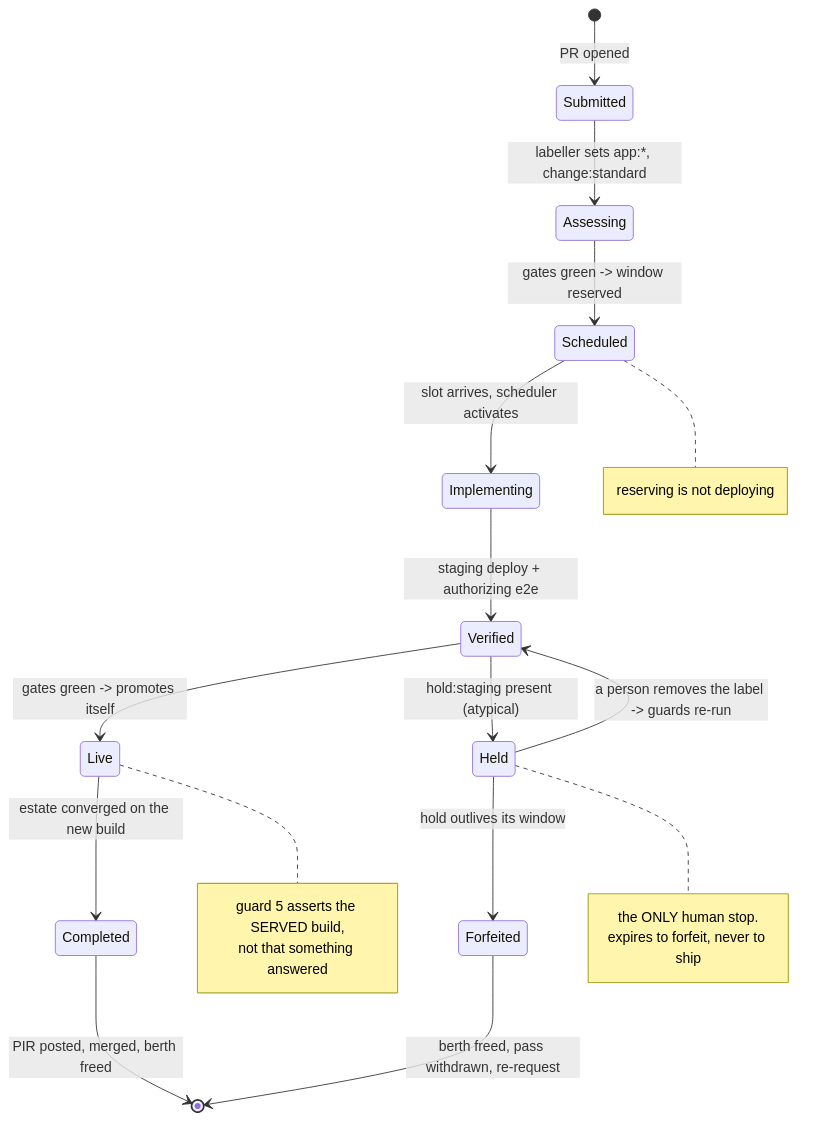
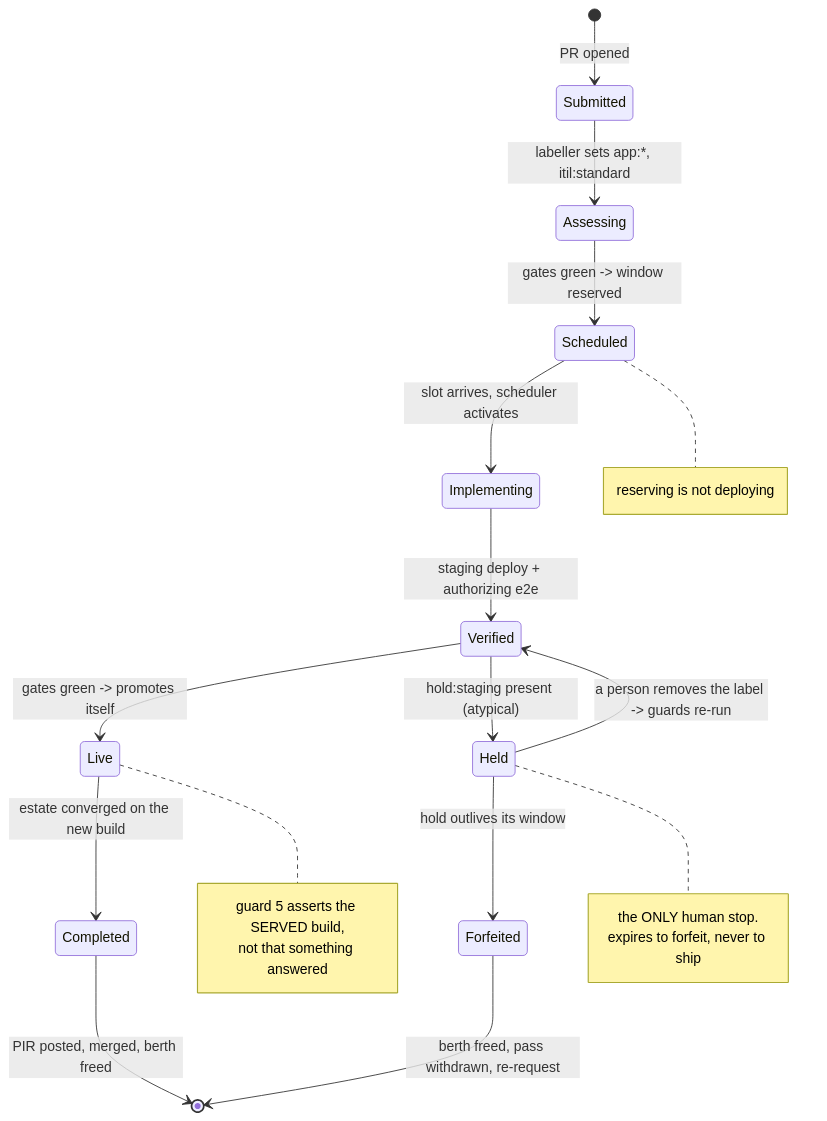
The first of 6 diagrams in README.org (aygp-dr/standard-change), drawn with Mermaid before and after one commit. The commit also changed other lines of this file, not shown here.

```diff
--- a/README.org
+++ b/README.org
@@ -36,28 +36,28 @@
 #+begin_src mermaid :eval never-export
 stateDiagram-v2
     direction TB
     [*] --> Submitted: PR opened
-    Submitted --> Assessing: labeller sets app:*, change:standard
+    Submitted --> Assessing: labeller sets app:*, itil:standard
     Assessing --> Scheduled: gates green -> window reserved
     Scheduled --> Implementing: slot arrives, scheduler activates
     Implementing --> Verified: staging deploy + authorizing e2e
     Verified --> Live: gates green -> promotes itself
     Verified --> Held: hold:staging present (atypical)
     Held --> Verified: a person removes the label -> guards re-run
     Held --> Forfeited: hold outlives its window
     Forfeited --> [*]: berth freed, pass withdrawn, re-request
     Live --> Completed: estate converged on the new build
     Completed --> [*]: PIR posted, merged, berth freed
 
     note right of Scheduled
         reserving is not deploying
     end note
     note right of Held
         the ONLY human stop.
         expires to forfeit, never to ship
     end note
     note right of Live
         guard 5 asserts the SERVED build,
         not that something answered
     end note
 #+end_src
```
